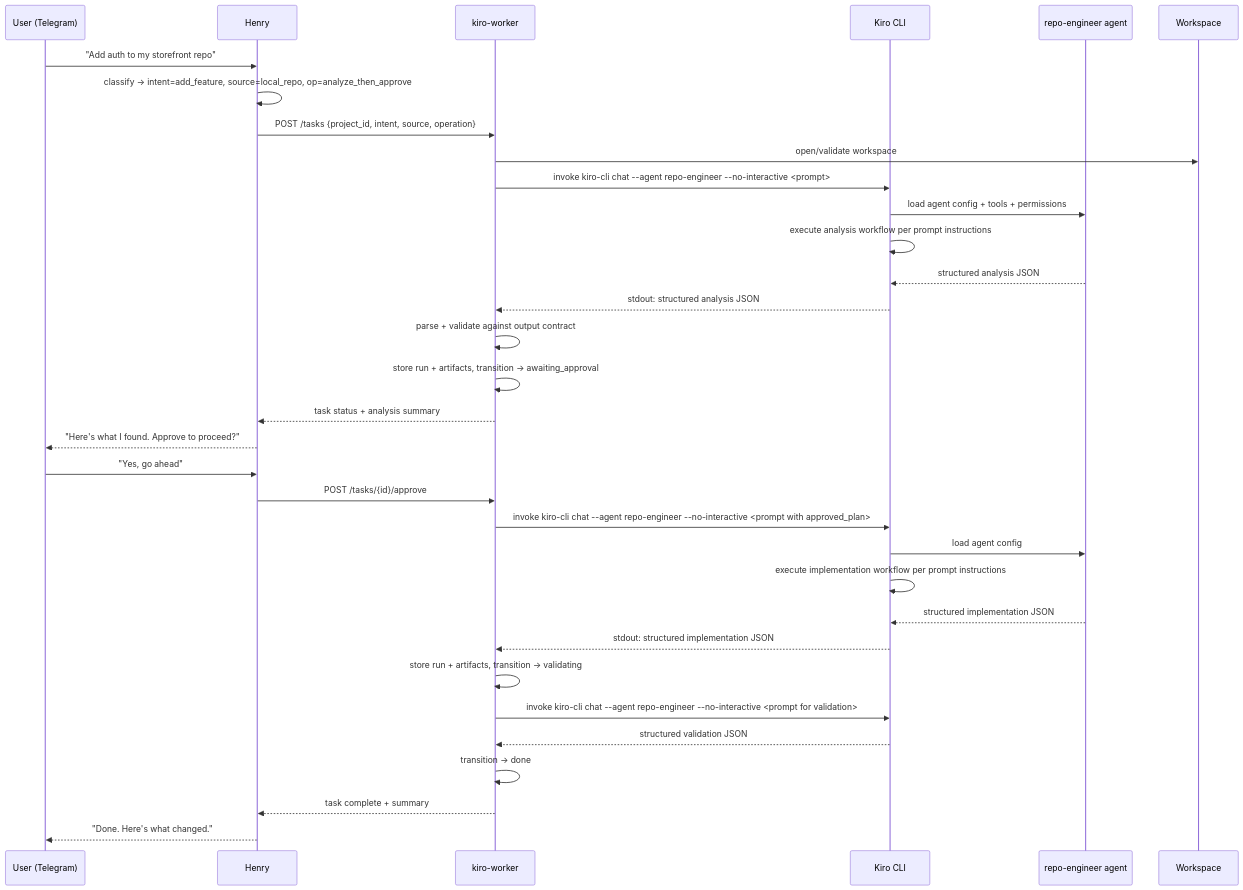
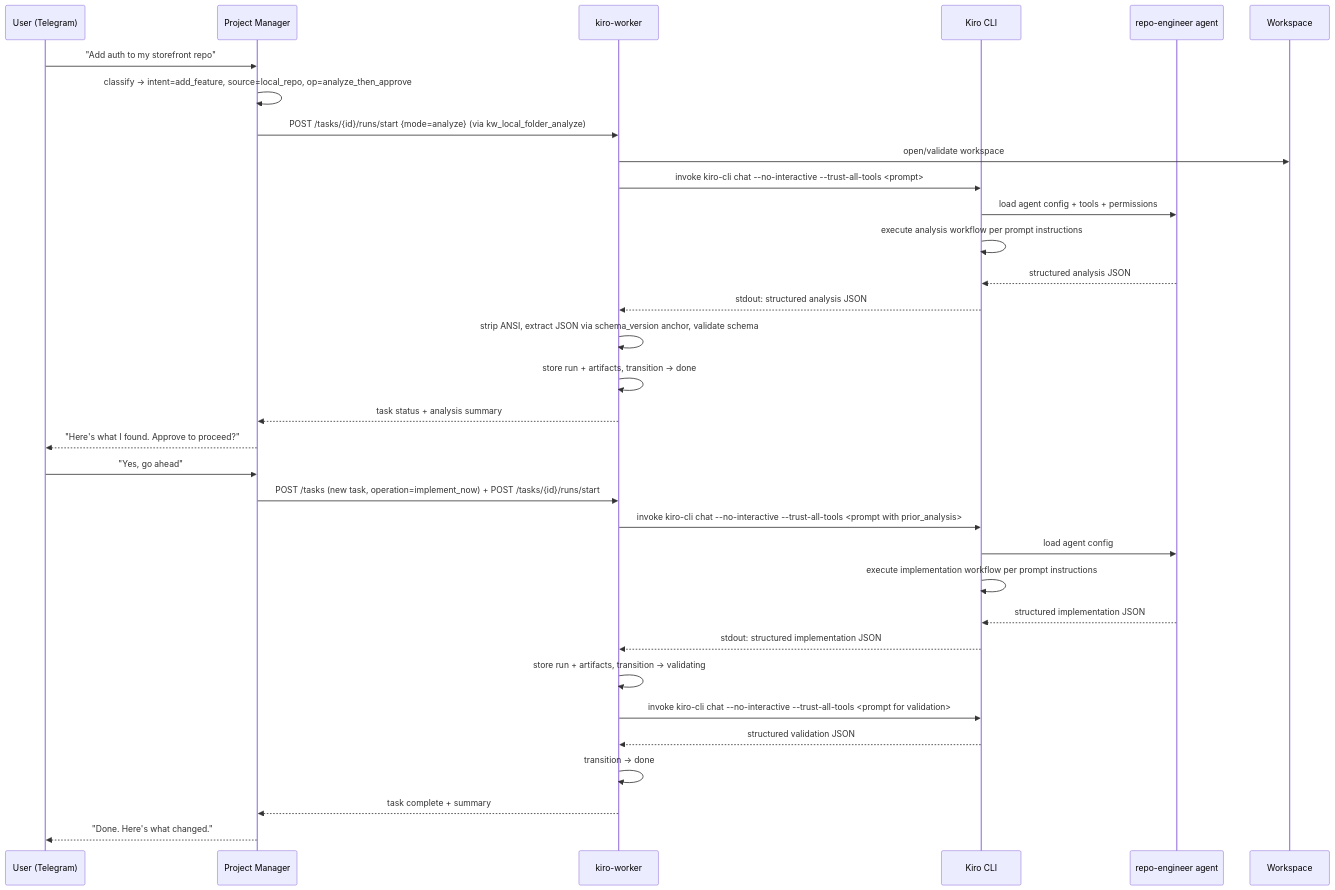
One commit to jchristian1/kiro-harness changed the first of 2 diagrams in .kiro/specs/kiro-worker-architecture-phase0/architecture.md. Above: the diagram before and after it, drawn with Mermaid. The commit also changed other lines of this file and 3690 other files, not shown here.

Commit message:
Watch Tasks, Implement Tasks, cancel Tasks, async no blocking actions  done.

````diff
--- a/.kiro/specs/kiro-worker-architecture-phase0/architecture.md
+++ b/.kiro/specs/kiro-worker-architecture-phase0/architecture.md
@@ -257,36 +257,36 @@
 ```mermaid
 sequenceDiagram
     participant U as User (Telegram)
-    participant H as Henry
+    participant H as Project Manager
     participant W as kiro-worker
     participant K as Kiro CLI
     participant CA as repo-engineer agent
     participant WS as Workspace
 
     U->>H: "Add auth to my storefront repo"
     H->>H: classify → intent=add_feature, source=local_repo, op=analyze_then_approve
-    H->>W: POST /tasks {project_id, intent, source, operation}
+    H->>W: POST /tasks/{id}/runs/start {mode=analyze} (via kw_local_folder_analyze)
     W->>WS: open/validate workspace
-    W->>K: invoke kiro-cli chat --agent repo-engineer --no-interactive <prompt>
+    W->>K: invoke kiro-cli chat --no-interactive --trust-all-tools <prompt>
     K->>CA: load agent config + tools + permissions
     K->>K: execute analysis workflow per prompt instructions
     CA-->>K: structured analysis JSON
     K-->>W: stdout: structured analysis JSON
-    W->>W: parse + validate against output contract
-    W->>W: store run + artifacts, transition → awaiting_approval
+    W->>W: strip ANSI, extract JSON via schema_version anchor, validate schema
+    W->>W: store run + artifacts, transition → done
     W-->>H: task status + analysis summary
     H-->>U: "Here's what I found. Approve to proceed?"
     U->>H: "Yes, go ahead"
-    H->>W: POST /tasks/{id}/approve
-    W->>K: invoke kiro-cli chat --agent repo-engineer --no-interactive <prompt with approved_plan>
+    H->>W: POST /tasks (new task, operation=implement_now) + POST /tasks/{id}/runs/start
+    W->>K: invoke kiro-cli chat --no-interactive --trust-all-tools <prompt with prior_analysis>
     K->>CA: load agent config
     K->>K: execute implementation workflow per prompt instructions
     CA-->>K: structured implementation JSON
     K-->>W: stdout: structured implementation JSON
     W->>W: store run + artifacts, transition → validating
-    W->>K: invoke kiro-cli chat --agent repo-engineer --no-interactive <prompt for validation>
+    W->>K: invoke kiro-cli chat --no-interactive --trust-all-tools <prompt for validation>
     K-->>W: structured validation JSON
     W->>W: transition → done
     W-->>H: task complete + summary
     H-->>U: "Done. Here's what changed."
 ```
````
